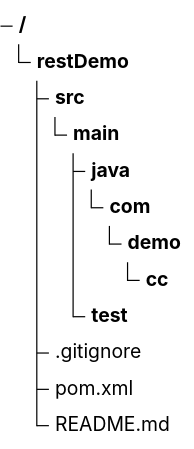
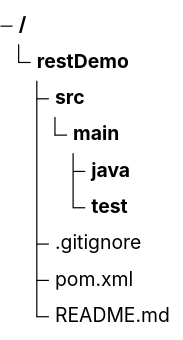
The diagram in Read.md (chanduujjina/Spring_Boot_Rest_AI), drawn with Mermaid before and after one commit.

Commit message:
Remove unnecessary directory structure in Read.md

````diff
--- a/Read.md
+++ b/Read.md
@@ -1,16 +1,11 @@
 ```mermaid
 treeView-beta
             restDemo/
                 src/
                     main/
                           java/
-                               com/
-                                    demo/
-                                          cc/
-                                              
-                                              
-                         test/
+                          test/
                 .gitignore
                 pom.xml
                 README.md
 ```
````
